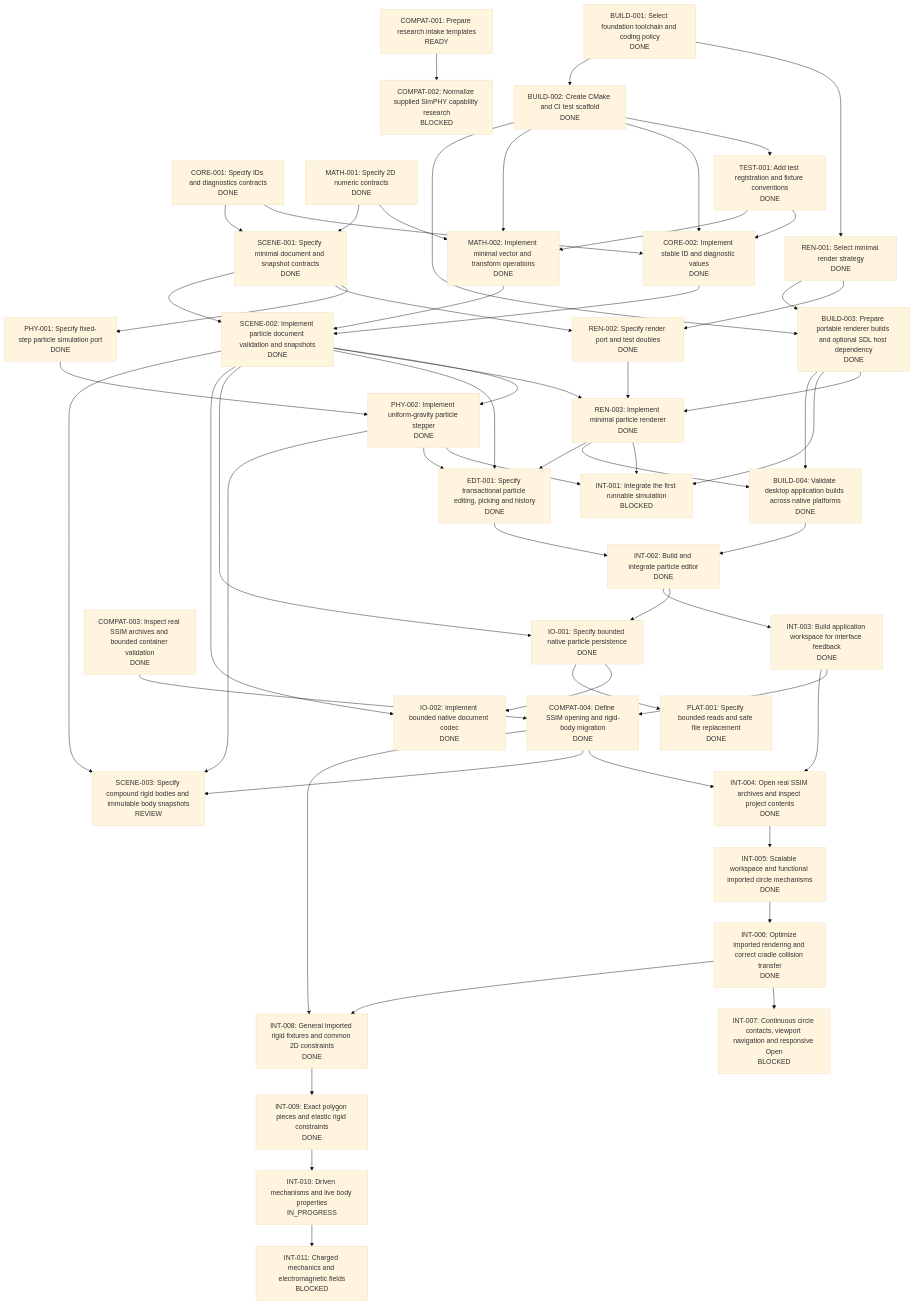
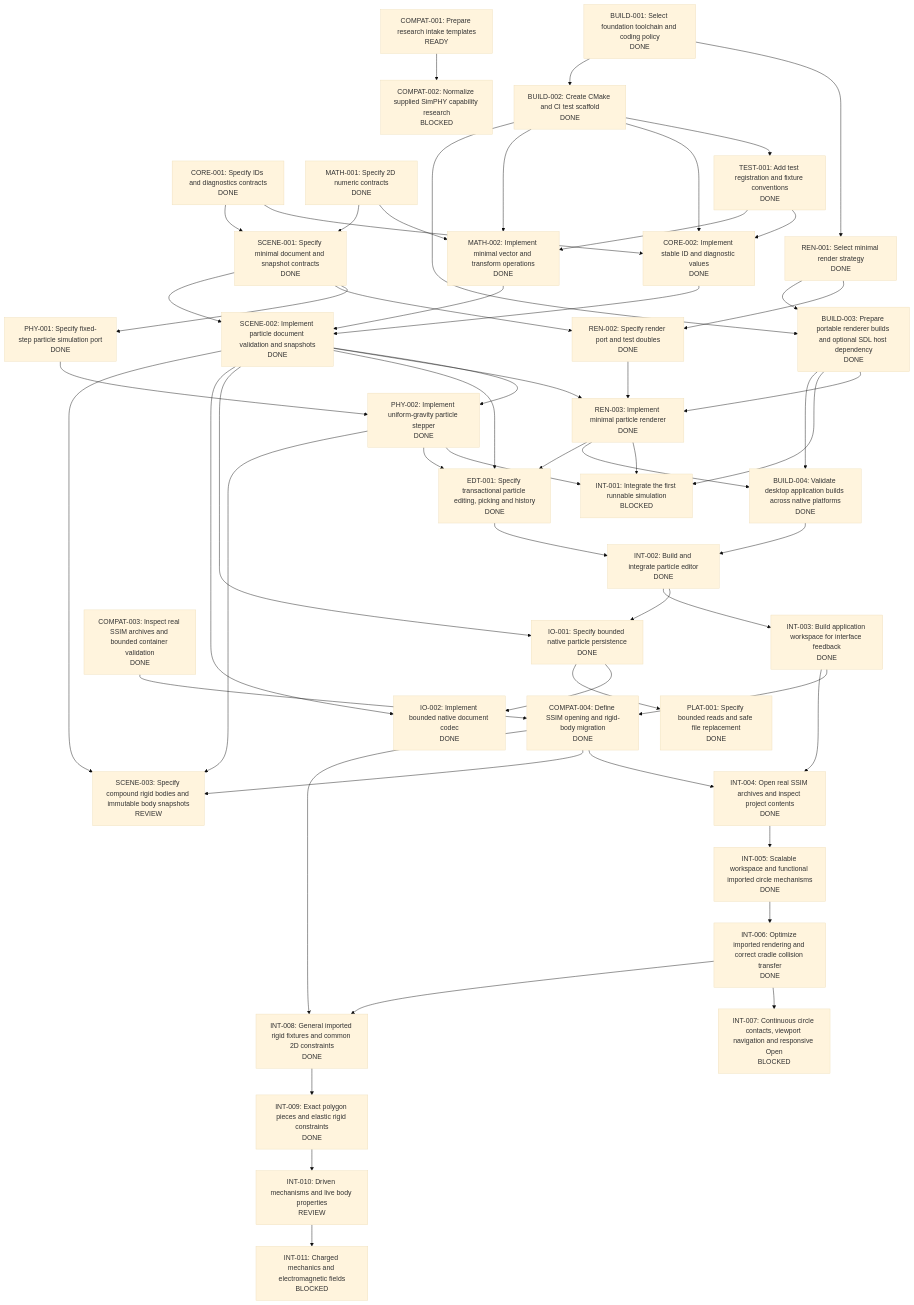
One commit to JnJarvis/open-simphy changed the diagram in tasks/graph.md. Above: the diagram before and after it, drawn with Mermaid (base theme). The commit also changed other lines of this file and 3 other files, not shown here.

Commit message:
Submit driven mechanics evidence and update compatibility chart

```diff
--- a/tasks/graph.md
+++ b/tasks/graph.md
@@ -43,7 +43,7 @@
   INT_008["INT-008: General imported rigid fixtures and common 2D constraints<br/>DONE"]
   INT_009["INT-009: Exact polygon pieces and elastic rigid constraints<br/>DONE"]
   INT_011["INT-011: Charged mechanics and electromagnetic fields<br/>BLOCKED"]
-  INT_010["INT-010: Driven mechanisms and live body properties<br/>IN_PROGRESS"]
+  INT_010["INT-010: Driven mechanisms and live body properties<br/>REVIEW"]
   BUILD_001 --> REN_001
   BUILD_001 --> BUILD_002
   BUILD_002 --> TEST_001
```
